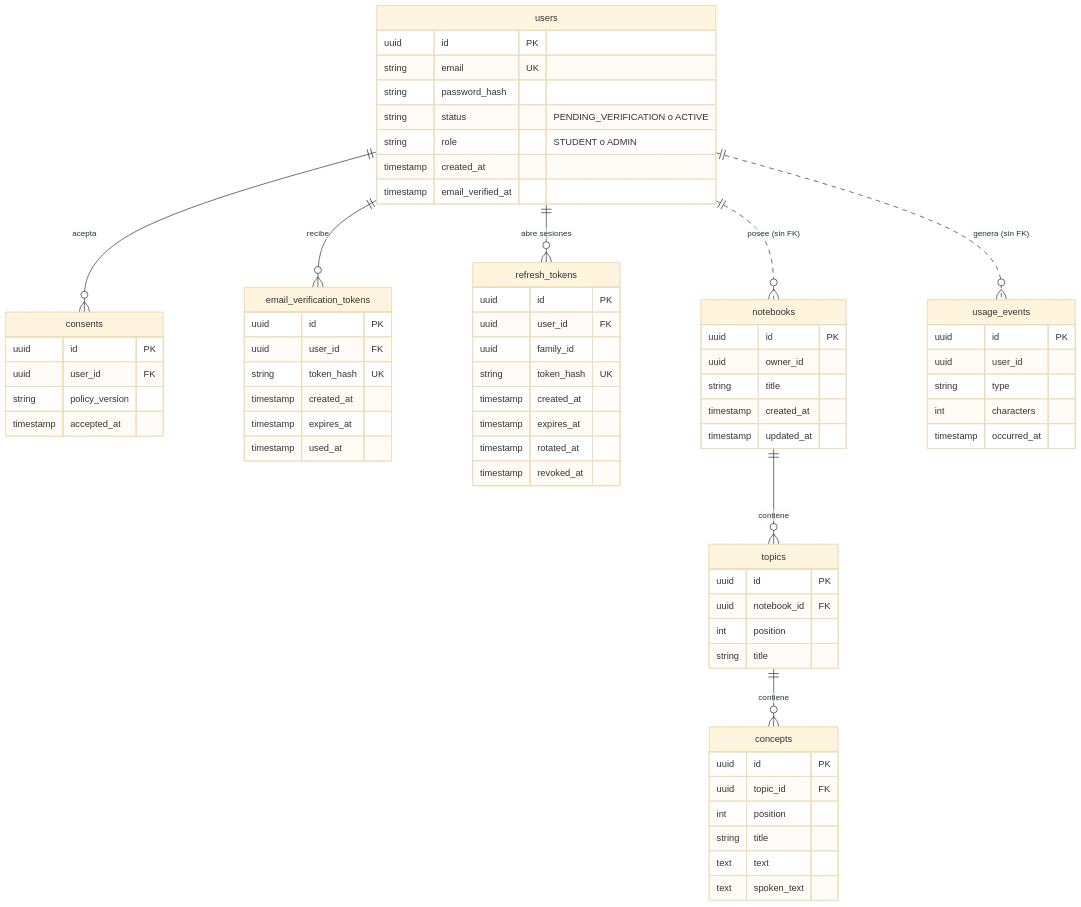
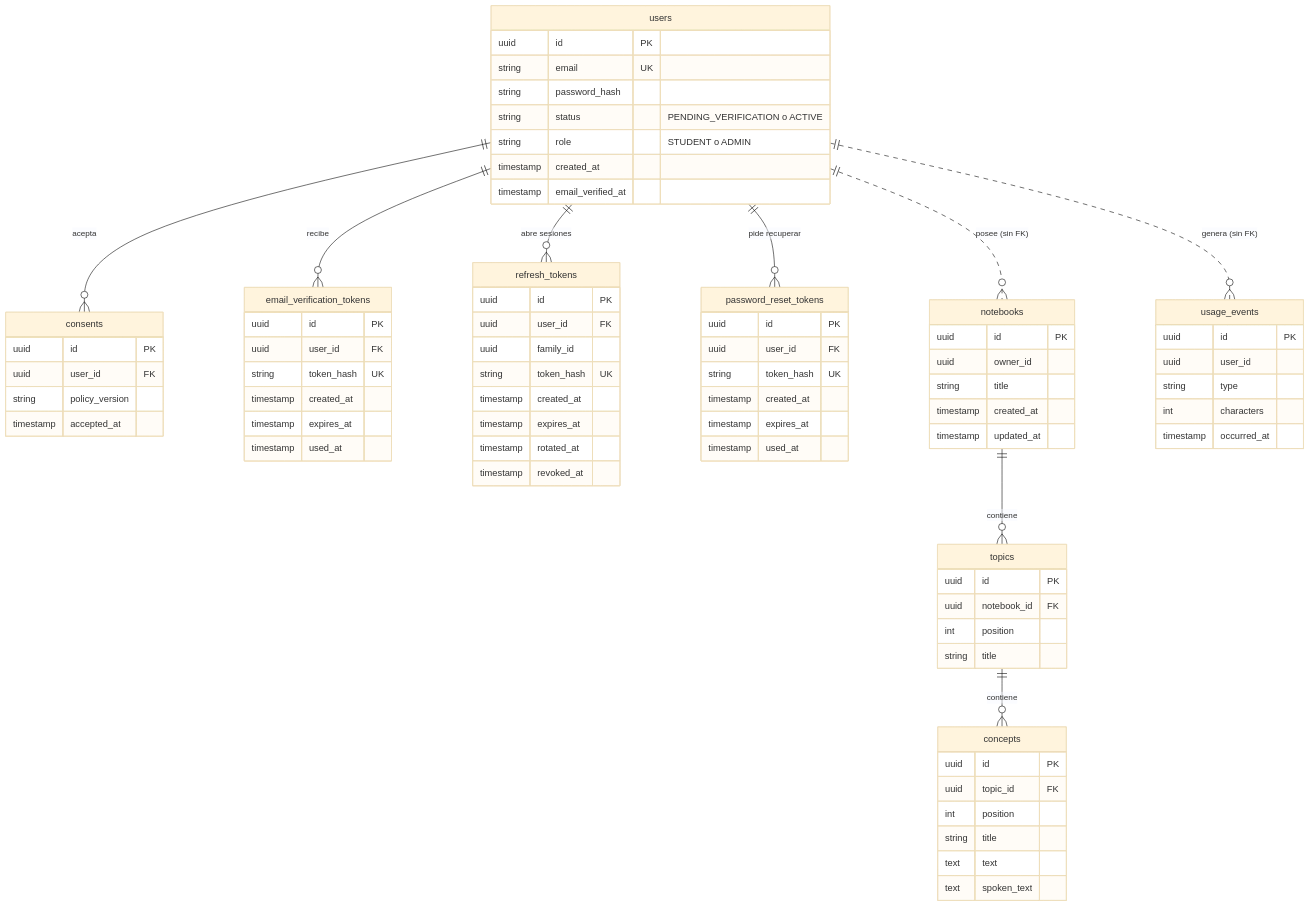
One commit to cetremore26/podcuaderno changed the second of 2 diagrams in docs/02_Alcance_y_Especificacion_de_Requisitos.md. Above: the diagram before and after it, drawn with Mermaid (base theme). The commit also changed other lines of this file and 6 other files, not shown here.

Commit message:
docs: add sprint 2 sketches, license inventory and align requirements and architecture

````diff
--- a/docs/02_Alcance_y_Especificacion_de_Requisitos.md
+++ b/docs/02_Alcance_y_Especificacion_de_Requisitos.md
@@ -226,72 +226,81 @@
 ```mermaid
 erDiagram
     users ||--o{ consents : "acepta"
     users ||--o{ email_verification_tokens : "recibe"
     users ||--o{ refresh_tokens : "abre sesiones"
+    users ||--o{ password_reset_tokens : "pide recuperar"
     users ||..o{ notebooks : "posee (sin FK)"
     users ||..o{ usage_events : "genera (sin FK)"
     notebooks ||--o{ topics : "contiene"
     topics ||--o{ concepts : "contiene"
 
     users {
         uuid id PK
         string email UK
         string password_hash
         string status "PENDING_VERIFICATION o ACTIVE"
         string role "STUDENT o ADMIN"
         timestamp created_at
         timestamp email_verified_at
     }
     consents {
         uuid id PK
         uuid user_id FK
         string policy_version
         timestamp accepted_at
     }
     email_verification_tokens {
         uuid id PK
         uuid user_id FK
         string token_hash UK
         timestamp created_at
         timestamp expires_at
         timestamp used_at
     }
     refresh_tokens {
         uuid id PK
         uuid user_id FK
         uuid family_id
         string token_hash UK
         timestamp created_at
         timestamp expires_at
         timestamp rotated_at
         timestamp revoked_at
     }
+    password_reset_tokens {
+        uuid id PK
+        uuid user_id FK
+        string token_hash UK
+        timestamp created_at
+        timestamp expires_at
+        timestamp used_at
+    }
     notebooks {
         uuid id PK
         uuid owner_id
         string title
         timestamp created_at
         timestamp updated_at
     }
     topics {
         uuid id PK
         uuid notebook_id FK
         int position
         string title
     }
     concepts {
         uuid id PK
         uuid topic_id FK
         int position
         string title
         text text
         text spoken_text
     }
     usage_events {
         uuid id PK
         uuid user_id
         string type
         int characters
         timestamp occurred_at
     }
 ```
````
